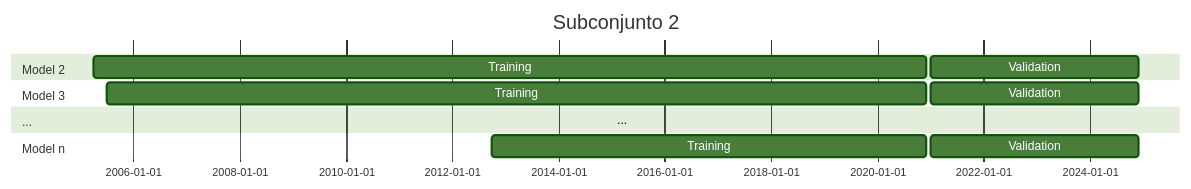
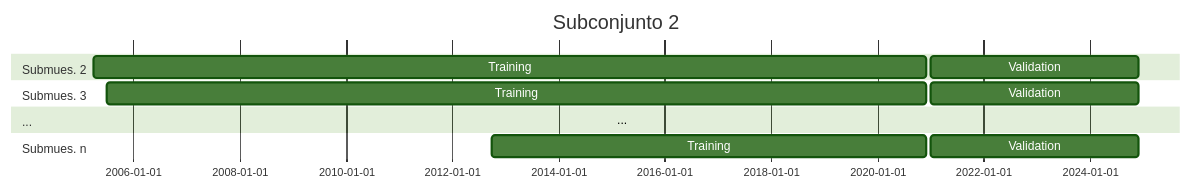
One commit to DIE-BG/DIE-BG.github.io changed the second of 3 diagrams in hefm/results/SVAR50_4B/SVAR50_forecast_OS_initialEstPeriod/forecast_OS_initialEstPeriod.qmd. Above: the diagram before and after it, drawn with Mermaid. The commit also changed other lines of this file and 2 other files, not shown here.

````diff
--- a/hefm/results/SVAR50_4B/SVAR50_forecast_OS_initialEstPeriod/forecast_OS_initialEstPeriod.qmd
+++ b/hefm/results/SVAR50_4B/SVAR50_forecast_OS_initialEstPeriod/forecast_OS_initialEstPeriod.qmd
@@ -144,29 +144,29 @@
 ```{mermaid}
 %%| fig-width: 6
 
 
 %%{
 init: {
   "gantt": {
   "displayMode":"compact"
   },
   "securityLevel": "loose",
   "theme": "forest"   
 }
 }%%
 gantt
     title Subconjunto 2
     dateFormat  YYYY-MM
-    section Model 2
+    section Submues. 2
     Training           :a1, 2005-04, 188M
     Validation      :a2, 2021-01, 47M
-    section Model 3
+    section Submues. 3
     Training           :a1, 2005-07, 185M
     Validation      :a2, 2021-01, 47M
     section ...
     ... :a1, 2015-01-02, 1d
-    section Model n
+    section Submues. n
     Training          :a1, 2012-10, 98M
     Validation      :a2, 2021-01, 47M
 
 ```
````
